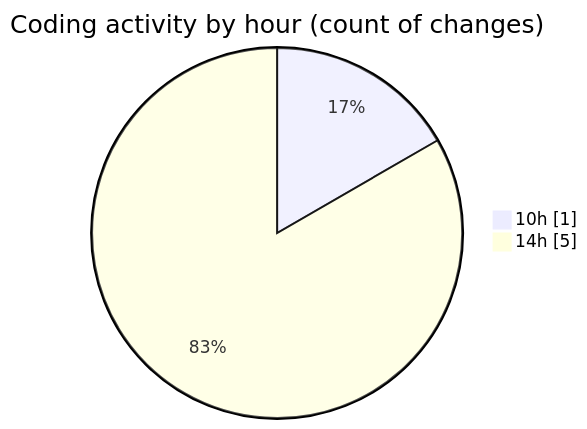
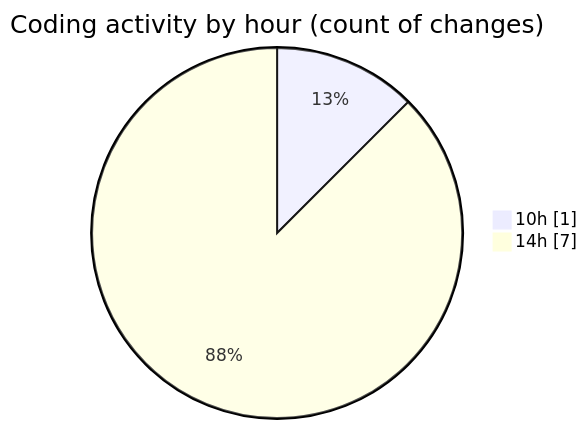
Before and after one commit to momahboobian/code-tracking: the second of 2 diagrams in 2025-03-17/cda/README.md, drawn with Mermaid. The commit also changed other lines of this file and 1 other file, not shown here.

````diff
--- a/2025-03-17/cda/README.md
+++ b/2025-03-17/cda/README.md
@@ -30,6 +32,6 @@
 ```mermaid
 pie showData
 title Coding activity by hour (count of changes)
 "10h" : 1
-"14h" : 5
+"14h" : 7
 ```
````
